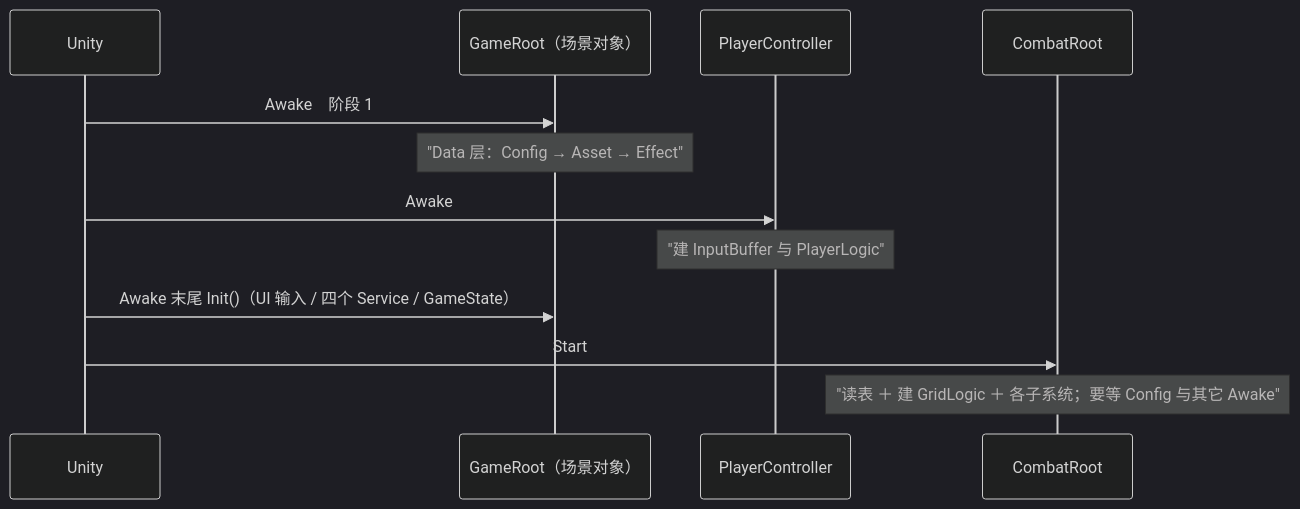
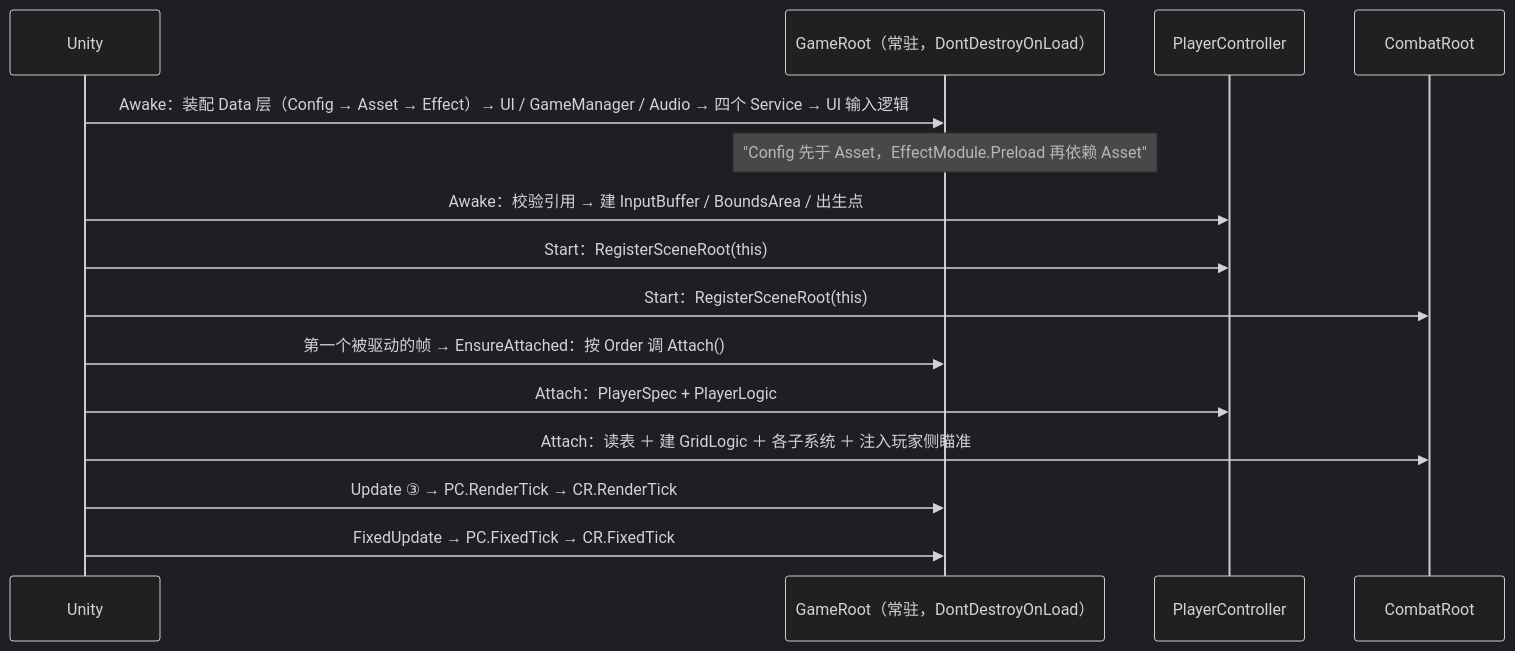
One commit to 5FYZhou/deepseaoil changed the diagram in Docs/框架设计/分层设计/表现层.md. Above: the diagram before and after it, drawn with Mermaid (dark theme). The commit also changed other lines of this file and 13 other files, not shown here.

````diff
--- a/Docs/框架设计/分层设计/表现层.md
+++ b/Docs/框架设计/分层设计/表现层.md
@@ -44,14 +52,17 @@
 ```mermaid
 sequenceDiagram
     participant U as Unity
-    participant GR as GameRoot（场景对象）
+    participant GR as GameRoot（常驻，DontDestroyOnLoad）
     participant PC as PlayerController
     participant CR as CombatRoot
-    U->>GR: Awake　阶段 1
-    Note over GR: "Data 层：Config → Asset → Effect"
-    U->>PC: Awake
-    Note over PC: "建 InputBuffer 与 PlayerLogic"
-    U->>GR: Awake 末尾 Init()（UI 输入 / 四个 Service / GameState）
-    U->>CR: Start
-    Note over CR: "读表 ＋ 建 GridLogic ＋ 各子系统；要等 Config 与其它 Awake"
+    U->>GR: Awake：装配 Data 层（Config → Asset → Effect）→ UI / GameManager / Audio → 四个 Service → UI 输入逻辑
+    Note over GR: "Config 先于 Asset，EffectModule.Preload 再依赖 Asset"
+    U->>PC: Awake：校验引用 → 建 InputBuffer / BoundsArea / 出生点
+    U->>PC: Start：RegisterSceneRoot(this)
+    U->>CR: Start：RegisterSceneRoot(this)
+    U->>GR: 第一个被驱动的帧 → EnsureAttached：按 Order 调 Attach()
+    U->>PC: Attach：PlayerSpec + PlayerLogic
+    U->>CR: Attach：读表 ＋ 建 GridLogic ＋ 各子系统 ＋ 注入玩家侧瞄准
+    U->>GR: Update ③ → PC.RenderTick → CR.RenderTick
+    U->>GR: FixedUpdate → PC.FixedTick → CR.FixedTick
 ```
````
